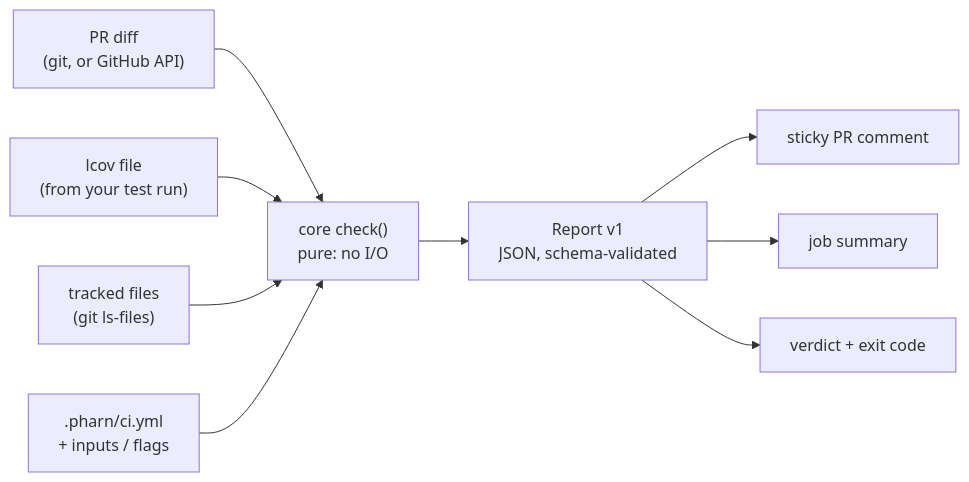
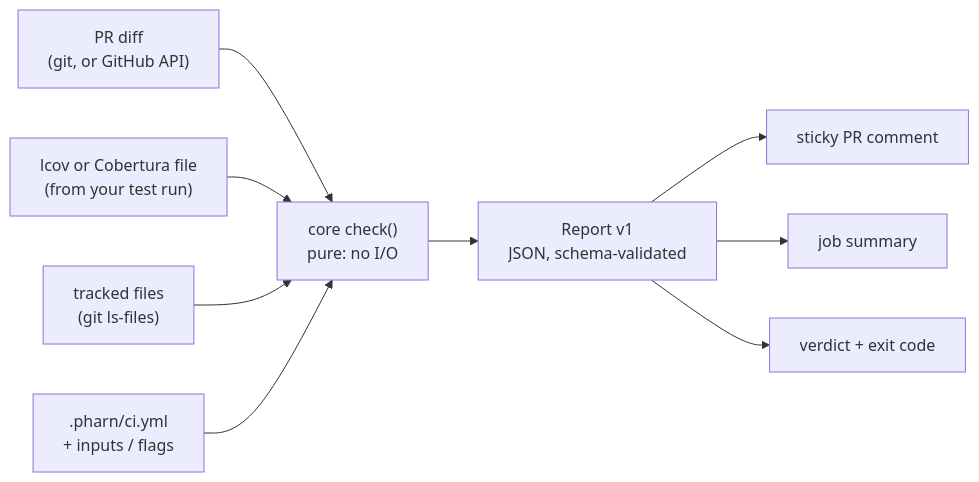
One commit to pharn-dev/pharn-ci changed the diagram in README.md. Above: the diagram before and after it, drawn with Mermaid. The commit also changed other lines of this file and 46 other files, not shown here.

````diff
--- a/README.md
+++ b/README.md
@@ -151,11 +152,11 @@
 ```mermaid
 flowchart LR
     DIFF["PR diff<br/>(git, or GitHub API)"] --> CORE
-    LCOV["lcov file<br/>(from your test run)"] --> CORE
+    LCOV["lcov or Cobertura file<br/>(from your test run)"] --> CORE
     FILES["tracked files<br/>(git ls-files)"] --> CORE
     CFG[".pharn/ci.yml<br/>+ inputs / flags"] --> CORE
     CORE["core check()<br/>pure: no I/O"] --> REPORT["Report v1<br/>JSON, schema-validated"]
     REPORT --> COMMENT["sticky PR comment"]
     REPORT --> SUMMARY["job summary"]
     REPORT --> EXIT["verdict + exit code"]
 ```
````
